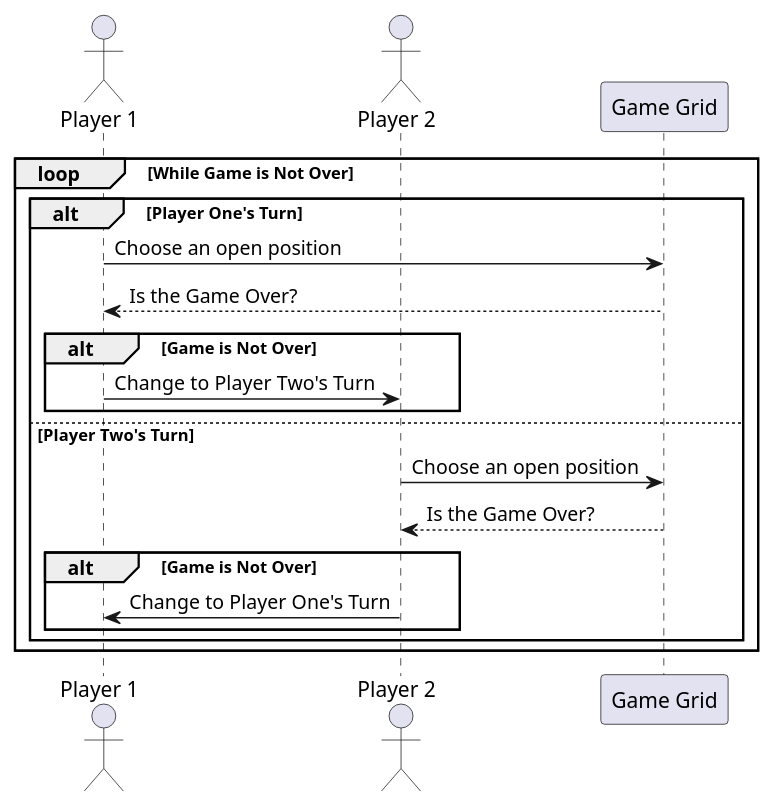
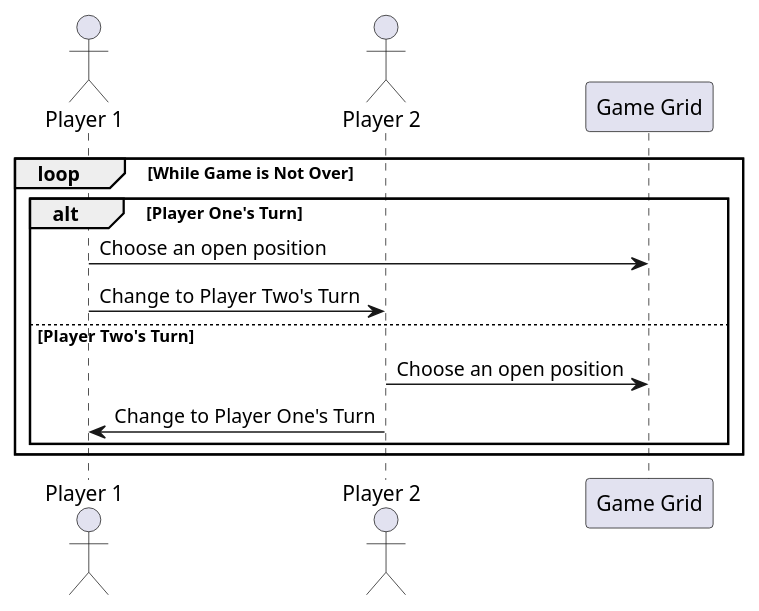
One commit to tisdadd/practical-programming-tic-tac-toe-tables changed the diagram in docs/diagrams/core-game-play-loop.puml. Above: the diagram before and after it, drawn with PlantUML.

Commit message:
Simplified to more of the core.

```diff
--- a/docs/diagrams/core-game-play-loop.puml
+++ b/docs/diagrams/core-game-play-loop.puml
@@ -1,26 +1,19 @@
 @startuml
 ' Two actors as players, giving an alias for simplier writing later
 actor p1 AS "Player 1"
 actor p2 AS "Player 2"
 
 ' The grid the game is played on
 participant grid as "Game Grid"
 
 ' The core loop of the game
 loop While Game is Not Over
     alt Player One's Turn
         p1 -> grid : Choose an open position
-        return Is the Game Over?
-        alt Game is Not Over
-            p1 -> p2 : Change to Player Two's Turn
-        end
-        
+        p1 -> p2 : Change to Player Two's Turn        
     else Player Two's Turn
         p2 -> grid : Choose an open position
-        return Is the Game Over?
-        alt Game is Not Over
-            p2 -> p1 : Change to Player One's Turn
-        end
+        p2 -> p1 : Change to Player One's Turn        
     end
 end
 @enduml
```
